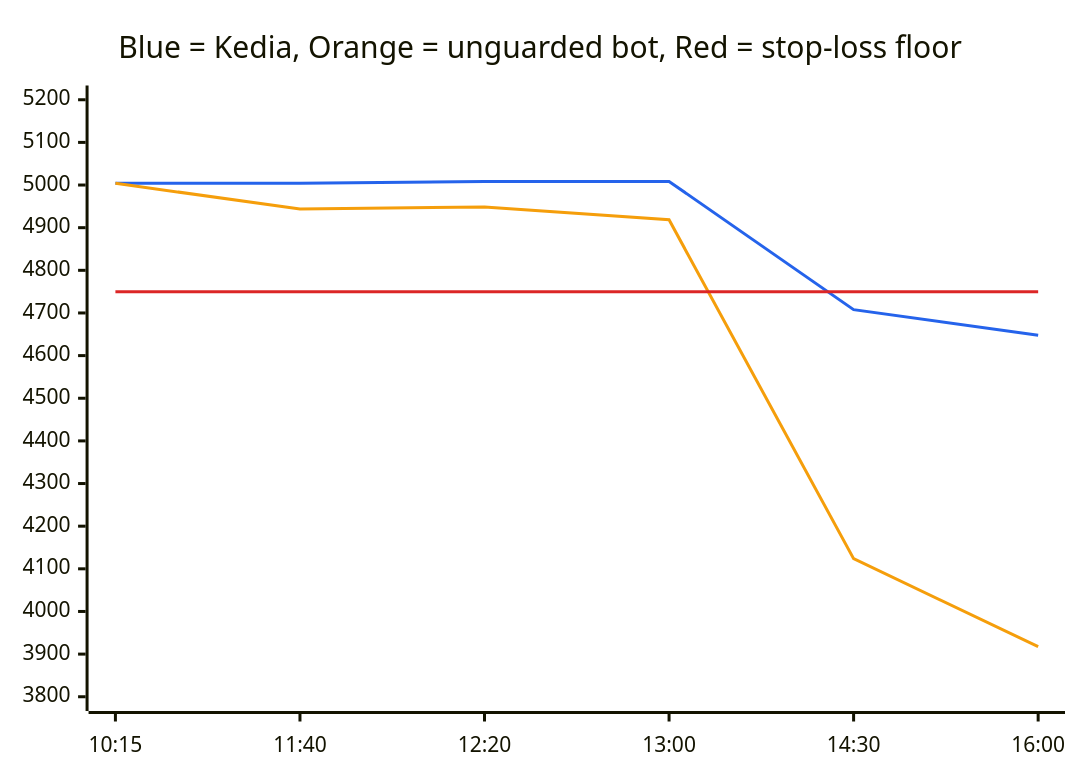
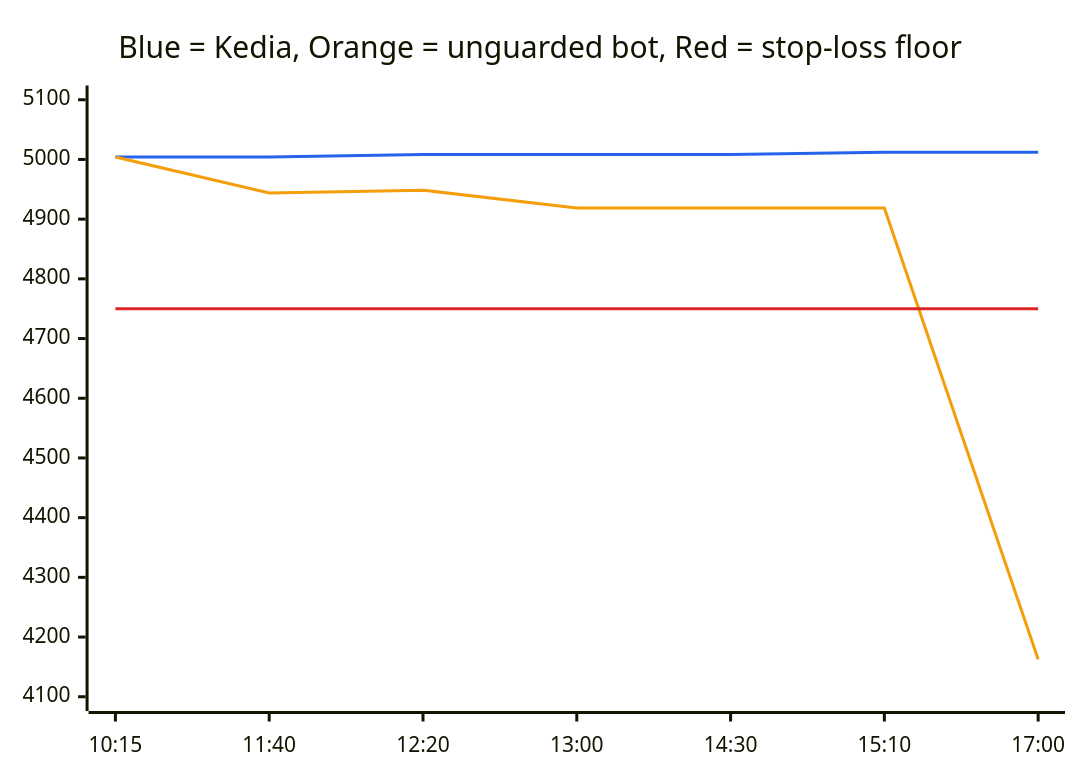
Before and after one commit to AAYUSH-GUPTA-coder/Kedia: the first of 6 diagrams in README.md, drawn with Mermaid. The commit also changed other lines of this file, not shown here.

````diff
--- a/README.md
+++ b/README.md
@@ -66,10 +70,10 @@
 ```mermaid
 %%{init: {"themeVariables": {"xyChart": {"plotColorPalette": "#2563eb, #f59e0b, #dc2626"}}}}%%
 xychart-beta
     title "Blue = Kedia, Orange = unguarded bot, Red = stop-loss floor"
-    x-axis ["10:15", "11:40", "12:20", "13:00", "14:30", "16:00"]
-    y-axis 3800 --> 5200
-    line [5004, 5004, 5008.5, 5008.5, 4707.7, 4647.54]
-    line [5004, 4944, 4948.5, 4918.5, 4123.7, 3917.52]
-    line [4750, 4750, 4750, 4750, 4750, 4750]
+    x-axis ["10:15", "11:40", "12:20", "13:00", "14:30", "15:10", "17:00"]
+    y-axis 4100 --> 5100
+    line [5004, 5004, 5008.5, 5008.5, 5008.5, 5012, 5012]
+    line [5004, 4944, 4948.5, 4918.5, 4918.5, 4918.5, 4162.9]
+    line [4750, 4750, 4750, 4750, 4750, 4750, 4750]
 ```
````
